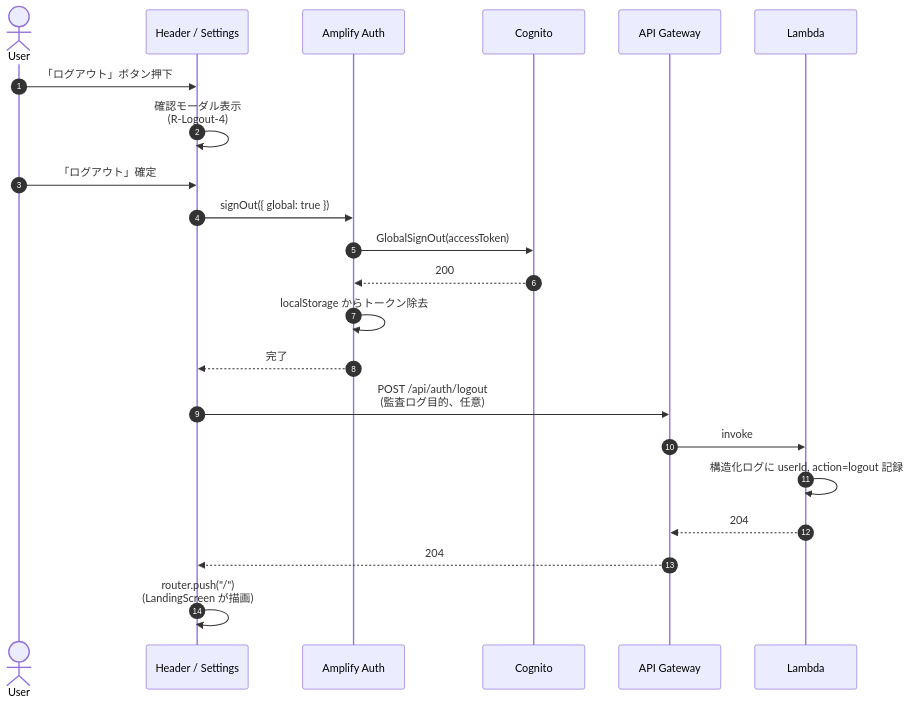
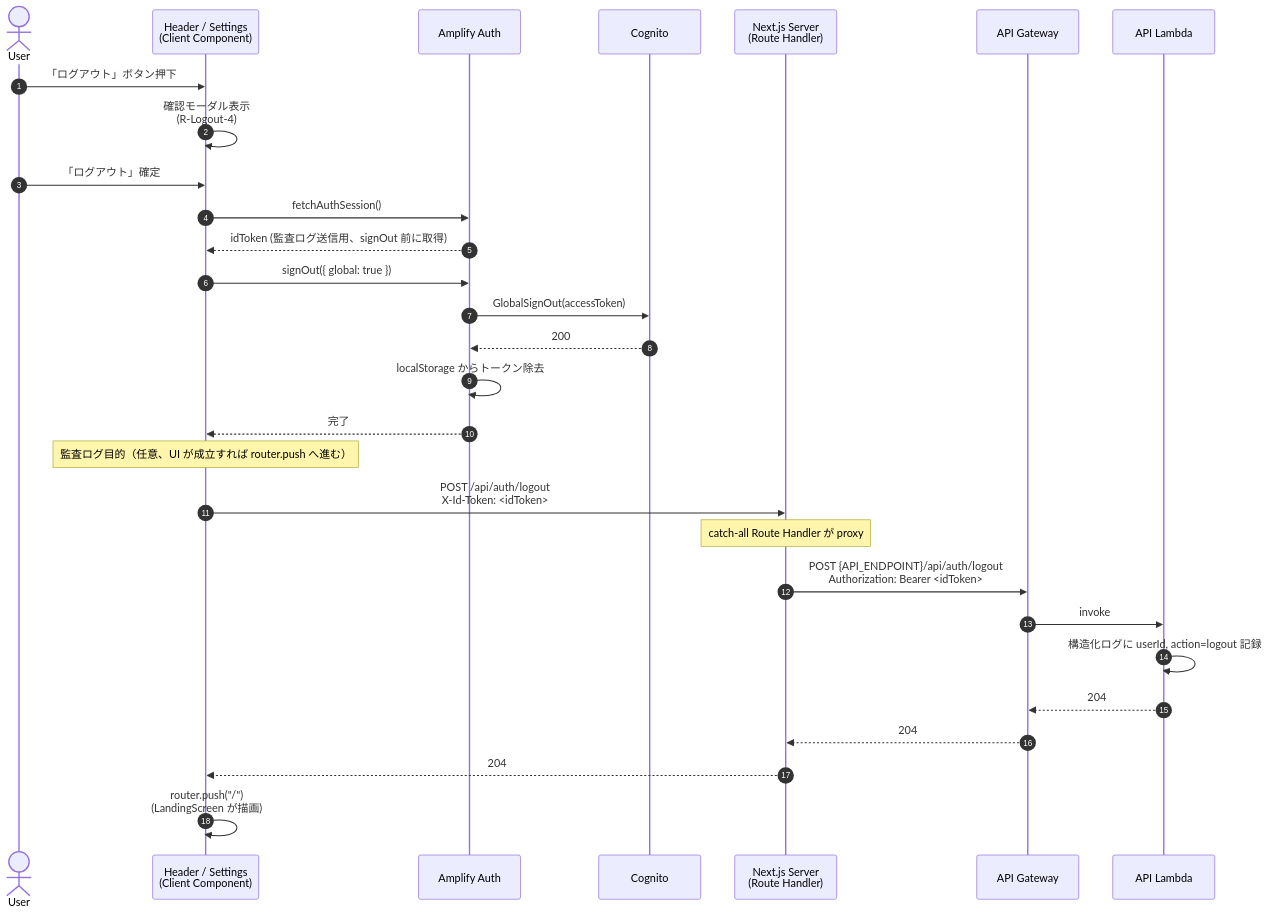
Before and after one commit to ryotinjpn/goro2pay: the fourth of 6 diagrams in aidlc-docs/construction/auth/functional-design/business-logic-model.md, drawn with Mermaid. The commit also changed other lines of this file and 2 other files, not shown here.

````diff
--- a/aidlc-docs/construction/auth/functional-design/business-logic-model.md
+++ b/aidlc-docs/construction/auth/functional-design/business-logic-model.md
@@ -267,27 +316,36 @@
 ```mermaid
 sequenceDiagram
     autonumber
     actor User
-    participant UI as Header / Settings
+    participant UI as Header / Settings<br/>(Client Component)
     participant Auth as Amplify Auth
     participant Cog as Cognito
+    participant NextSrv as Next.js Server<br/>(Route Handler)
     participant APIGW as API Gateway
-    participant LMD as Lambda
+    participant LMD as API Lambda
 
     User->>UI: 「ログアウト」ボタン押下
     UI->>UI: 確認モーダル表示<br/>(R-Logout-4)
     User->>UI: 「ログアウト」確定
+
+    UI->>Auth: fetchAuthSession()
+    Auth-->>UI: idToken (監査ログ送信用、signOut 前に取得)
+
     UI->>Auth: signOut({ global: true })
     Auth->>Cog: GlobalSignOut(accessToken)
     Cog-->>Auth: 200
     Auth->>Auth: localStorage からトークン除去
     Auth-->>UI: 完了
 
-    UI->>APIGW: POST /api/auth/logout<br/>(監査ログ目的、任意)
+    Note over UI: 監査ログ目的（任意、UI が成立すれば router.push へ進む）
+    UI->>NextSrv: POST /api/auth/logout<br/>X-Id-Token: <idToken>
+    Note over NextSrv: catch-all Route Handler が proxy
+    NextSrv->>APIGW: POST {API_ENDPOINT}/api/auth/logout<br/>Authorization: Bearer <idToken>
     APIGW->>LMD: invoke
     LMD->>LMD: 構造化ログに userId, action=logout 記録
     LMD-->>APIGW: 204
-    APIGW-->>UI: 204
+    APIGW-->>NextSrv: 204
+    NextSrv-->>UI: 204
 
     UI->>UI: router.push("/")<br/>(LandingScreen が描画)
 ```
````
